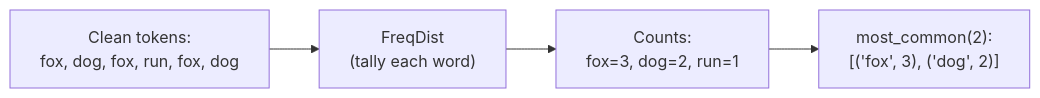
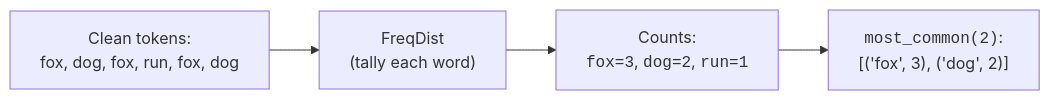
Before and after one commit to dataslope/dataslope: the diagram in content/learn/natural-language-processing-python/frequency-distributions.mdx, drawn with Mermaid. The commit also changed 218 other files, not shown here.

First line of the commit message:
Render code-only mermaid shapes in monospace; convert step sequences to Steps (#467)

````diff
--- a/content/learn/natural-language-processing-python/frequency-distributions.mdx
+++ b/content/learn/natural-language-processing-python/frequency-distributions.mdx
@@ -19,6 +19,6 @@
 ```mermaid
 flowchart LR
     A["Clean tokens:<br/>fox, dog, fox, run, fox, dog"] --> B["FreqDist<br/>(tally each word)"]
-    B --> C["Counts:<br/>fox=3, dog=2, run=1"]
-    C --> D["most_common(2):<br/>[('fox', 3), ('dog', 2)]"]
+    B --> C["Counts:<br/><code>fox=3</code>, <code>dog=2</code>, <code>run=1</code>"]
+    C --> D["<code>most_common(2)</code>:<br/>[('fox', 3), ('dog', 2)]"]
 ```
````
